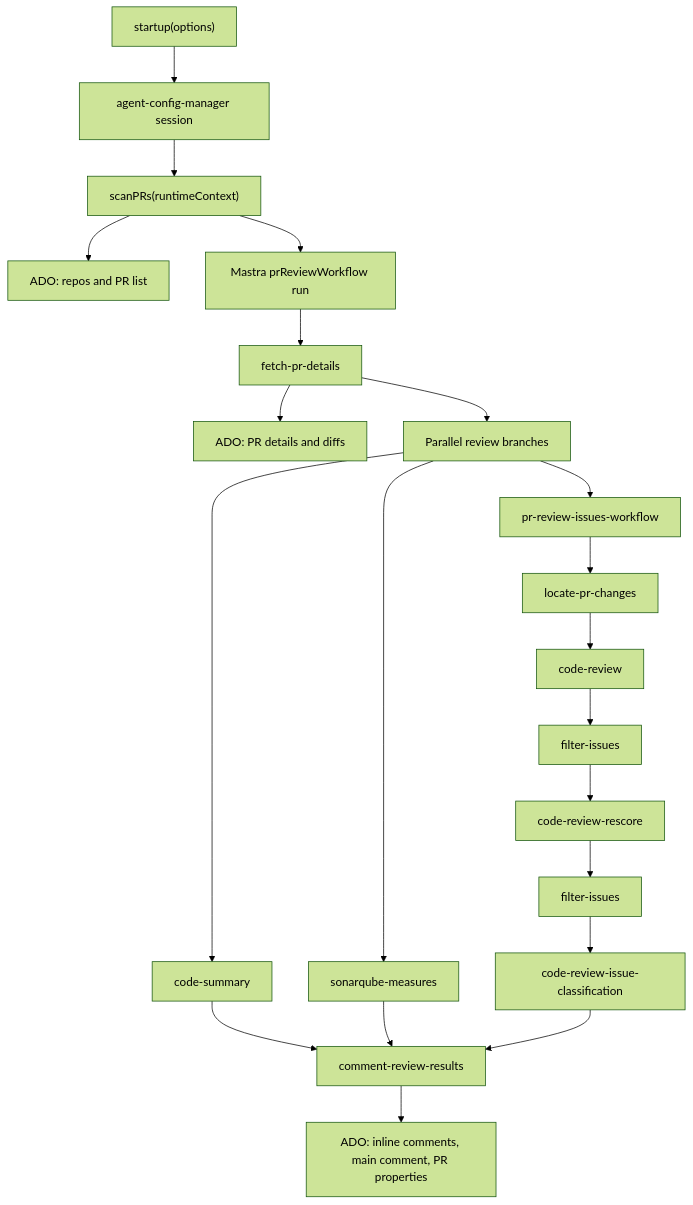
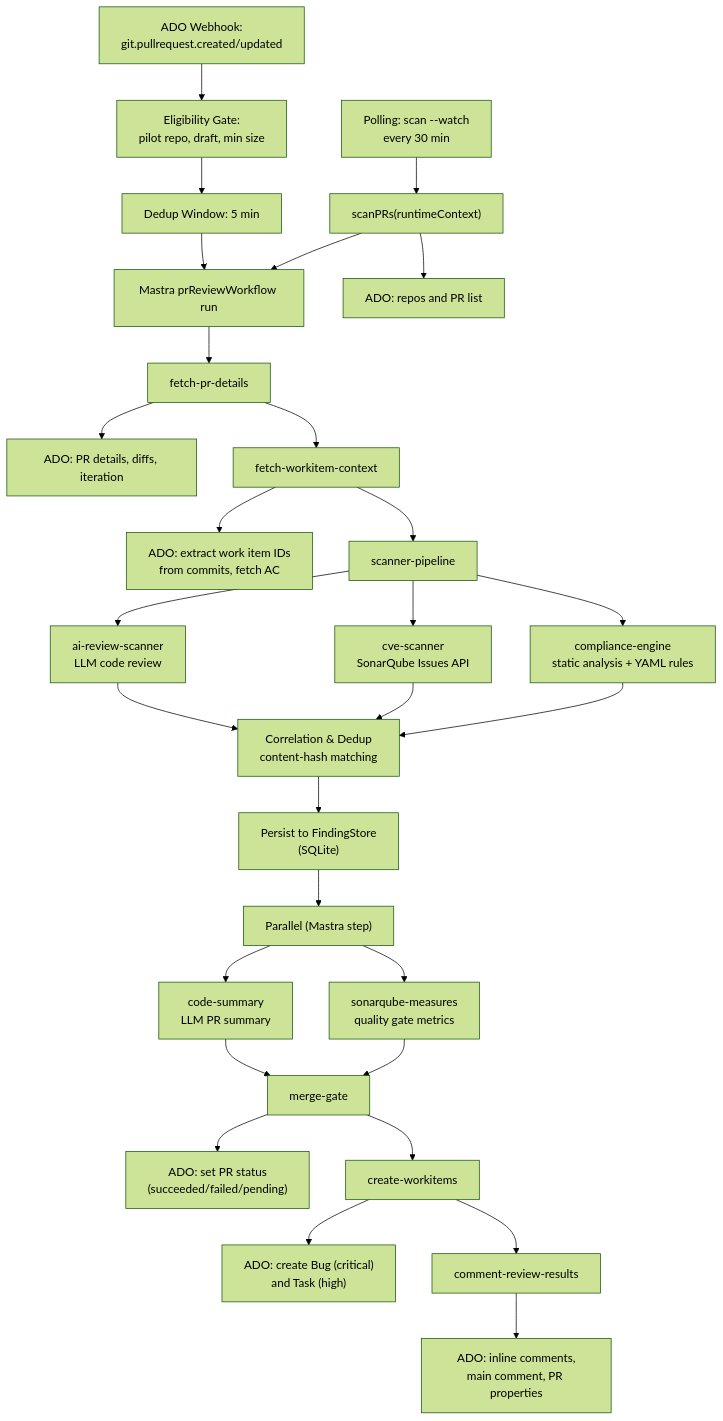
The first of 2 diagrams in agents/ratan-code-review-agent/docs/RUNTIME_ARCHITECTURE.md (lushevol/code-review-agent), drawn with Mermaid (forest theme) before and after one commit. The commit also changed other lines of this file and 10 other files, not shown here.

````diff
--- a/agents/ratan-code-review-agent/docs/RUNTIME_ARCHITECTURE.md
+++ b/agents/ratan-code-review-agent/docs/RUNTIME_ARCHITECTURE.md
@@ -5,23 +5,38 @@
 ```mermaid
 flowchart TD
-    Startup["startup(options)"] --> ConfigSession["agent-config-manager session"]
-    ConfigSession --> Scanner["scanPRs(runtimeContext)"]
-    Scanner --> ADOList["ADO: repos and PR list"]
-    Scanner --> WorkflowRun["Mastra prReviewWorkflow run"]
+    Webhook["ADO Webhook:<br/>git.pullrequest.created/updated"] --> Eligibility["Eligibility Gate:<br/>pilot repo, draft, min size"]
+    Eligibility --> Dedup["Dedup Window: 5 min"]
+    Dedup --> WorkflowRun["Mastra prReviewWorkflow run"]
+
+    Polling["Polling: scan --watch<br/>every 30 min"] --> PRScan["scanPRs(runtimeContext)"]
+    PRScan --> ADOList["ADO: repos and PR list"]
+    PRScan --> WorkflowRun
+
     WorkflowRun --> FetchPR["fetch-pr-details"]
-    FetchPR --> ADOFetch["ADO: PR details and diffs"]
-    FetchPR --> Parallel["Parallel review branches"]
-    Parallel --> IssuesWorkflow["pr-review-issues-workflow"]
-    Parallel --> Summary["code-summary"]
-    Parallel --> Sonar["sonarqube-measures"]
-    IssuesWorkflow --> Locate["locate-pr-changes"]
-    Locate --> Review["code-review"]
-    Review --> Filter1["filter-issues"]
-    Filter1 --> Rescore["code-review-rescore"]
-    Rescore --> Filter2["filter-issues"]
-    Filter2 --> Classify["code-review-issue-classification"]
-    Summary --> Comment["comment-review-results"]
-    Sonar --> Comment
-    Classify --> Comment
-    Comment --> ADOWrite["ADO: inline comments, main comment, PR properties"]
+    FetchPR --> ADOFetch["ADO: PR details, diffs, iteration"]
+    FetchPR --> FetchWIC["fetch-workitem-context"]
+    FetchWIC --> ADOWI["ADO: extract work item IDs<br/>from commits, fetch AC"]
+
+    FetchWIC --> Scanners["scanner-pipeline"]
+    Scanners --> AIReview["ai-review-scanner<br/>LLM code review"]
+    Scanners --> CVE["cve-scanner<br/>SonarQube Issues API"]
+    Scanners --> Compliance["compliance-engine<br/>static analysis + YAML rules"]
+    AIReview --> Correlate["Correlation & Dedup<br/>content-hash matching"]
+    CVE --> Correlate
+    Compliance --> Correlate
+    Correlate --> Persist["Persist to FindingStore<br/>(SQLite)"]
+
+    Persist --> Para["Parallel (Mastra step)"]
+    Para --> Summary["code-summary<br/>LLM PR summary"]
+    Para --> Sonar["sonarqube-measures<br/>quality gate metrics"]
+
+    Summary --> MergeGate["merge-gate"]
+    Sonar --> MergeGate
+    MergeGate --> ADOStatus["ADO: set PR status<br/>(succeeded/failed/pending)"]
+
+    MergeGate --> WorkItems["create-workitems"]
+    WorkItems --> ADOWI2["ADO: create Bug (critical)<br/>and Task (high)"]
+
+    WorkItems --> Comment["comment-review-results"]
+    Comment --> ADOWrite["ADO: inline comments,<br/>main comment, PR properties"]
 ```
````
